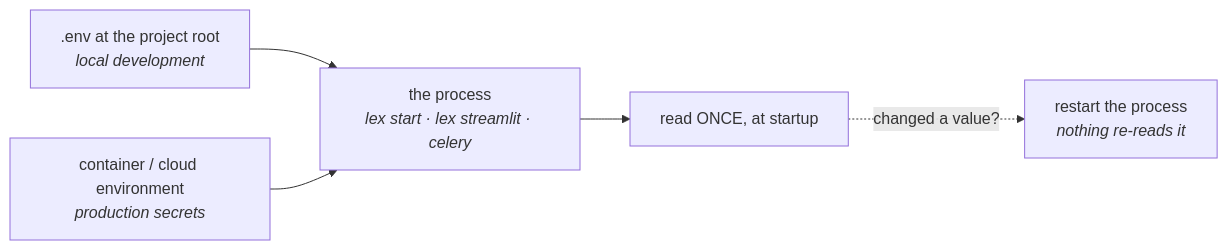
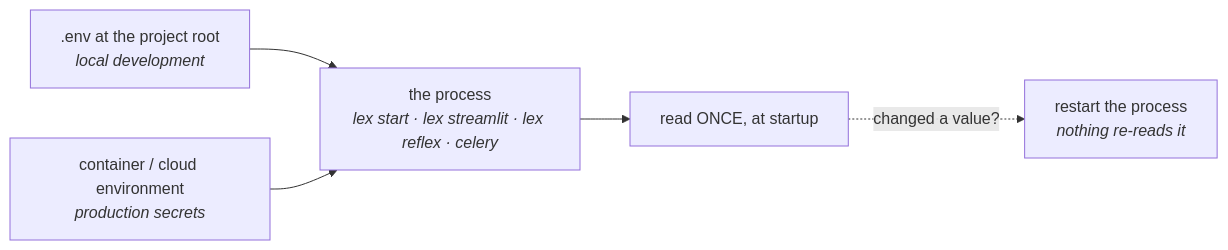
One commit to ExcellenceCloudGmbH/lex-app-docs changed the diagram in content/reference/Environment Variables.md. Above: the diagram before and after it, drawn with Mermaid. The commit also changed other lines of this file and 17 other files, not shown here.

First line of the commit message:
Reflex dashboards, documented beside Streamlit

````diff
--- a/content/reference/Environment Variables.md
+++ b/content/reference/Environment Variables.md
@@ -270,7 +287,7 @@
 ```mermaid
 flowchart LR
-    E[".env at the project root<br/><i>local development</i>"] --> P["the process<br/><i>lex start · lex streamlit · celery</i>"]
+    E[".env at the project root<br/><i>local development</i>"] --> P["the process<br/><i>lex start · lex streamlit · lex reflex · celery</i>"]
     C["container / cloud environment<br/><i>production secrets</i>"] --> P
     P --> R["read ONCE, at startup"]
     R -.->|"changed a value?"| RS["restart the process<br/><i>nothing re-reads it</i>"]
 ```
````
